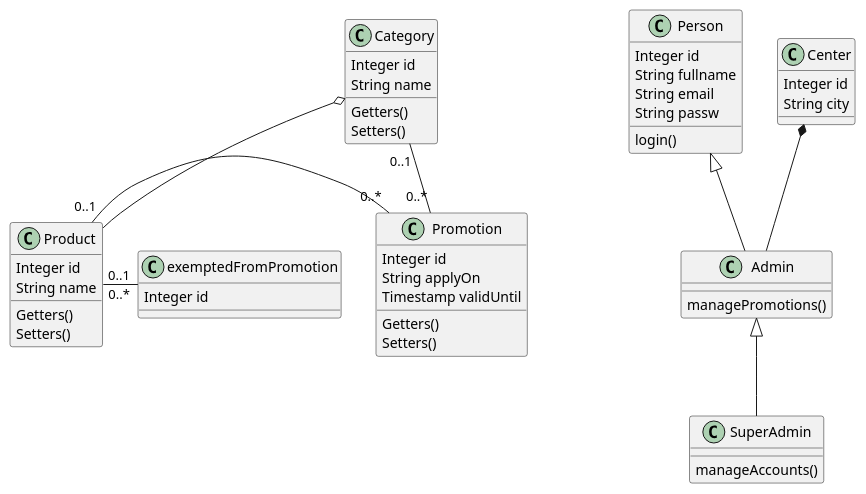
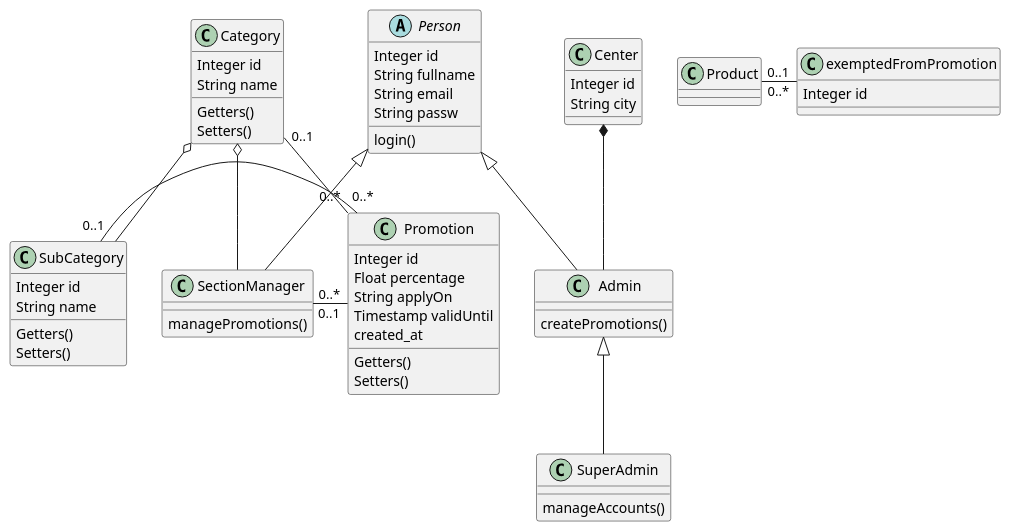
The diagram in Conception/marjaneClass.puml (mehdilagdimi/marjane-promo-manager), drawn with PlantUML before and after one commit. The commit also changed 12 other files, not shown here.

```diff
--- a/Conception/marjaneClass.puml
+++ b/Conception/marjaneClass.puml
@@ -1,69 +1,78 @@
 @startuml
 'https://plantuml.com/class-diagram
 
-abstract class Person
 
 'Inheritance
 Person <|-- Admin
+Person <|-- SectionManager
 Admin <|-- SuperAdmin
 
 'Aggregation
-Category o-- Product
+Category o-- SubCategory
+Category o-- SectionManager
+'Composition
 Center *-- Admin
 
 Category "0..1" - "0..*" Promotion
-Product "0..1" - "0..*" Promotion
+SubCategory "0..1" - "0..*" Promotion
+SectionManager "0..*" - "0..1" Promotion
 
 'This needs to be changed to many-to-many relationship
 'in case a product can belong to more than one category
 Product "0..1" - "0..*" exemptedFromPromotion
 
-class Person {
+abstract class Person {
     Integer id
     String fullname
     String email
     String passw
     login()
 }
 
 class Admin {
-    managePromotions()
+    createPromotions()
 }
 
 class SuperAdmin {
     manageAccounts()
+}
+
+class SectionManager{
+    managePromotions()
 }
 
 class Category {
     Integer id
     String name
     Getters()
     Setters()
 }
-class Product {
+class SubCategory {
     Integer id
     String name
     Getters()
     Setters()
 }
 
 class Center {
     Integer id
     String city
 }
 
 class Promotion {
     Integer id
+    Float percentage
     String applyOn
     Timestamp validUntil
+    created_at
     Getters()
     Setters()
 }
 
 class exemptedFromPromotion {
     Integer id
 }
 
 
 
 @enduml
```
